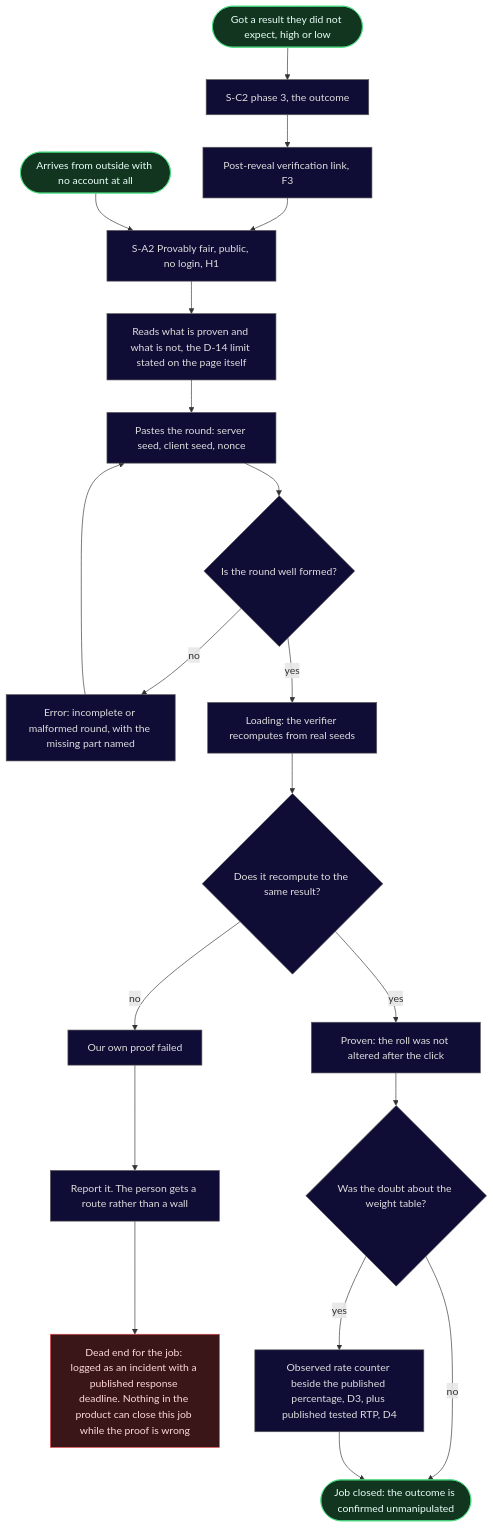
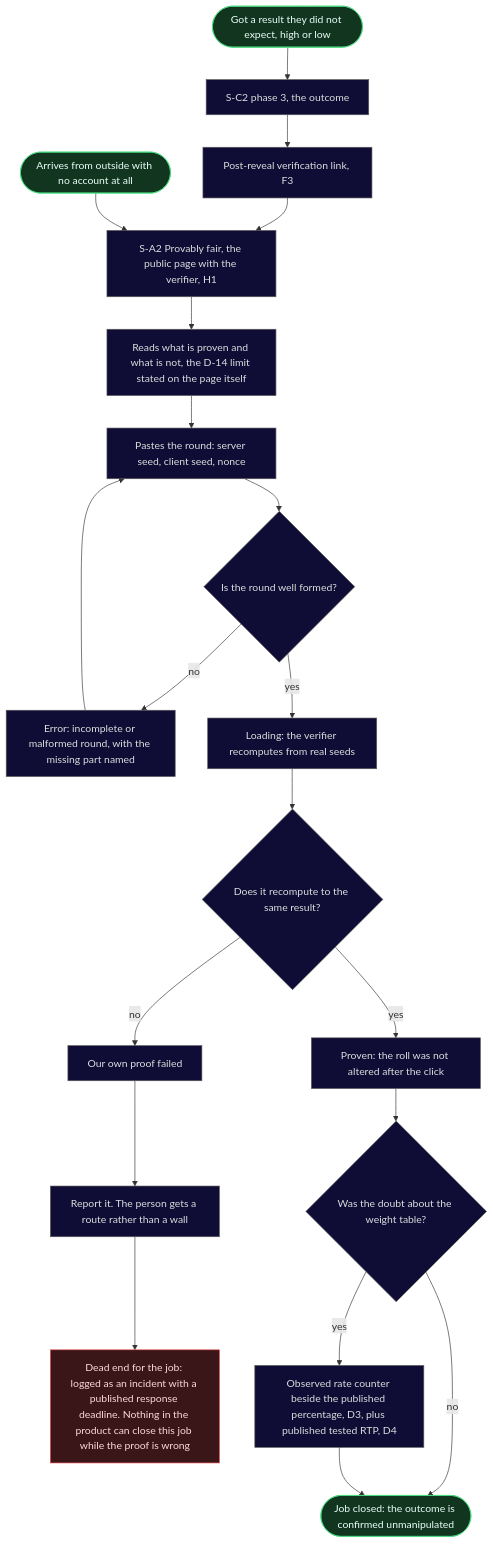
The sixth of 6 diagrams in ia/docs/flows.md (sergiodesign4u-dot/cs2-clutch), drawn with Mermaid before and after one commit. The commit also changed other lines of this file and 4 other files, not shown here.

````diff
--- a/ia/docs/flows.md
+++ b/ia/docs/flows.md
@@ -222,29 +267,29 @@
 ```mermaid
 flowchart TD
     V0(["Got a result they did not expect, high or low"]) --> Out2["S-C2 phase 3, the outcome"]
     Out2 --> Link["Post-reveal verification link, F3"]
-    Link --> PF["S-A2 Provably fair, public, no login, H1"]
+    Link --> PF["S-A2 Provably fair, the public page with the verifier, H1"]
     V1(["Arrives from outside with no account at all"]) --> PF
     PF --> Explain["Reads what is proven and what is not, the D-14 limit stated on the page itself"]
     Explain --> Verify["Pastes the round: server seed, client seed, nonce"]
     Verify --> Wellformed{"Is the round well formed?"}
     Wellformed -->|no| BadInput["Error: incomplete or malformed round, with the missing part named"]
     BadInput --> Verify
     Wellformed -->|yes| Compute["Loading: the verifier recomputes from real seeds"]
     Compute --> Match{"Does it recompute to the same result?"}
     Match -->|no| Broken["Our own proof failed"]
     Broken --> Report["Report it. The person gets a route rather than a wall"]
     Report --> Incident["Dead end for the job: logged as an incident with a published response deadline. Nothing in the product can close this job while the proof is wrong"]
     Match -->|yes| Proven["Proven: the roll was not altered after the click"]
     Proven --> Doubt{"Was the doubt about the weight table?"}
     Doubt -->|no| Closed(["Job closed: the outcome is confirmed unmanipulated"])
     Doubt -->|yes| Counter["Observed rate counter beside the published percentage, D3, plus published tested RTP, D4"]
     Counter --> Closed
 
     classDef success fill:#12351f,stroke:#4ade80,color:#eafff9;
     classDef dead fill:#3a1618,stroke:#e5484d,color:#ffd7d7;
     classDef neutral fill:#0f0c35,stroke:#5a5a5a,color:#dddddd;
     class V0,V1,Closed success;
     class Incident dead;
     class Out2,Link,PF,Explain,Verify,Wellformed,BadInput,Compute,Match,Broken,Report,Proven,Doubt,Counter neutral;
 ```
````
